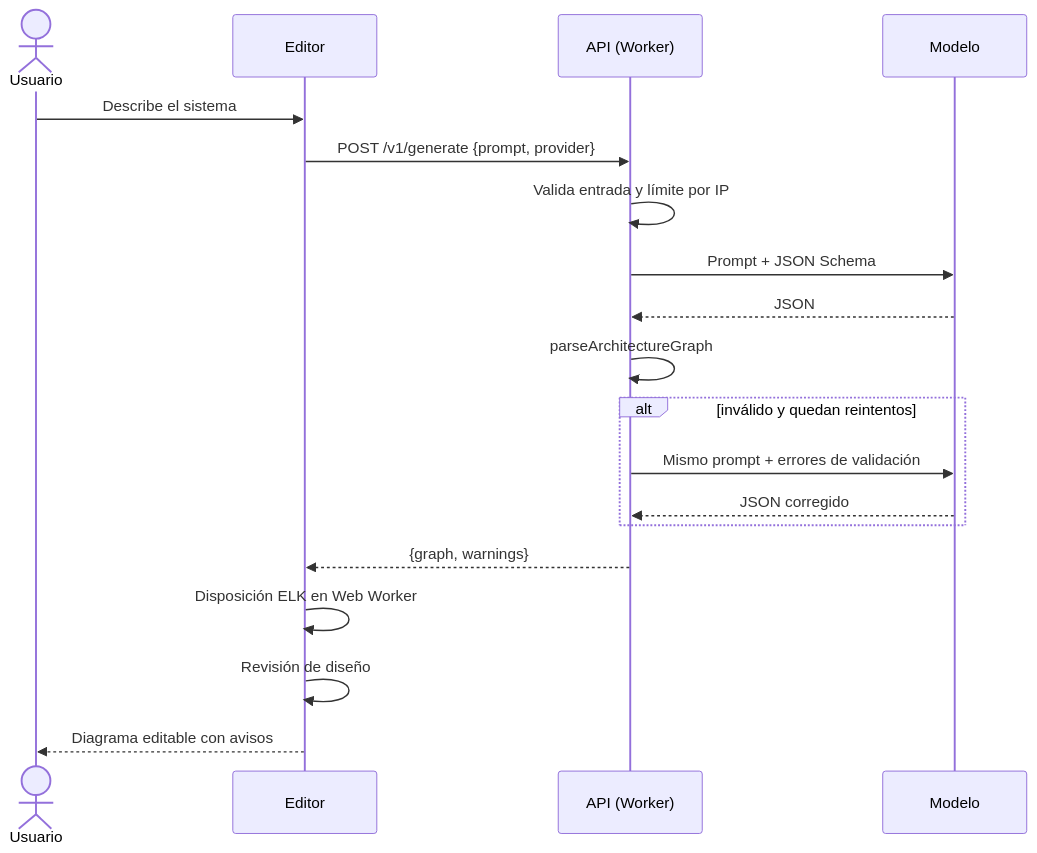
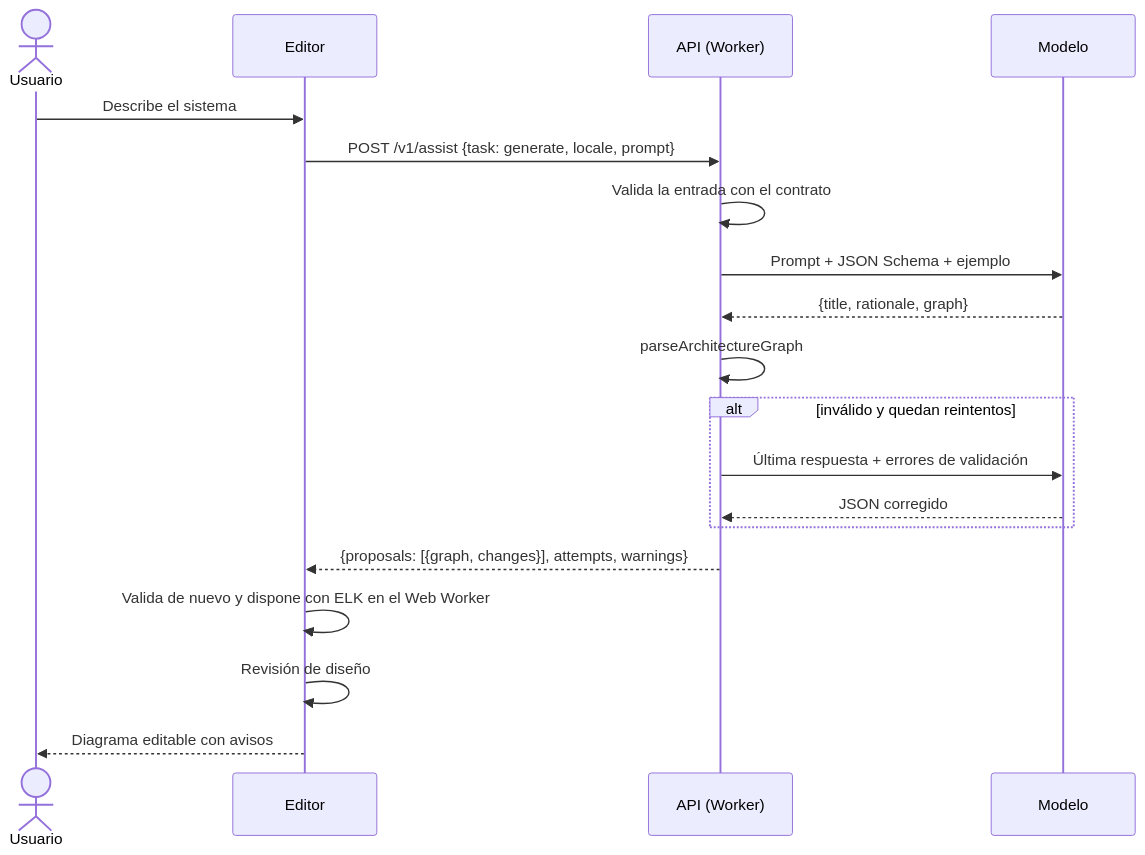
The fifth of 6 diagrams in docs/arquitectura.md (cosmemorillojulia/archdraft), drawn with Mermaid before and after one commit. The commit also changed other lines of this file and 11 other files, not shown here.

````diff
--- a/docs/arquitectura.md
+++ b/docs/arquitectura.md
@@ -147,21 +151,21 @@
 ```mermaid
 sequenceDiagram
   actor U as Usuario
   participant W as Editor
   participant A as API (Worker)
   participant M as Modelo
   U->>W: Describe el sistema
-  W->>A: POST /v1/generate {prompt, provider}
-  A->>A: Valida entrada y límite por IP
-  A->>M: Prompt + JSON Schema
-  M-->>A: JSON
+  W->>A: POST /v1/assist {task: generate, locale, prompt}
+  A->>A: Valida la entrada con el contrato
+  A->>M: Prompt + JSON Schema + ejemplo
+  M-->>A: {title, rationale, graph}
   A->>A: parseArchitectureGraph
   alt inválido y quedan reintentos
-    A->>M: Mismo prompt + errores de validación
+    A->>M: Última respuesta + errores de validación
     M-->>A: JSON corregido
   end
-  A-->>W: {graph, warnings}
-  W->>W: Disposición ELK en Web Worker
+  A-->>W: {proposals: [{graph, changes}], attempts, warnings}
+  W->>W: Valida de nuevo y dispone con ELK en el Web Worker
   W->>W: Revisión de diseño
   W-->>U: Diagrama editable con avisos
 ```
````
